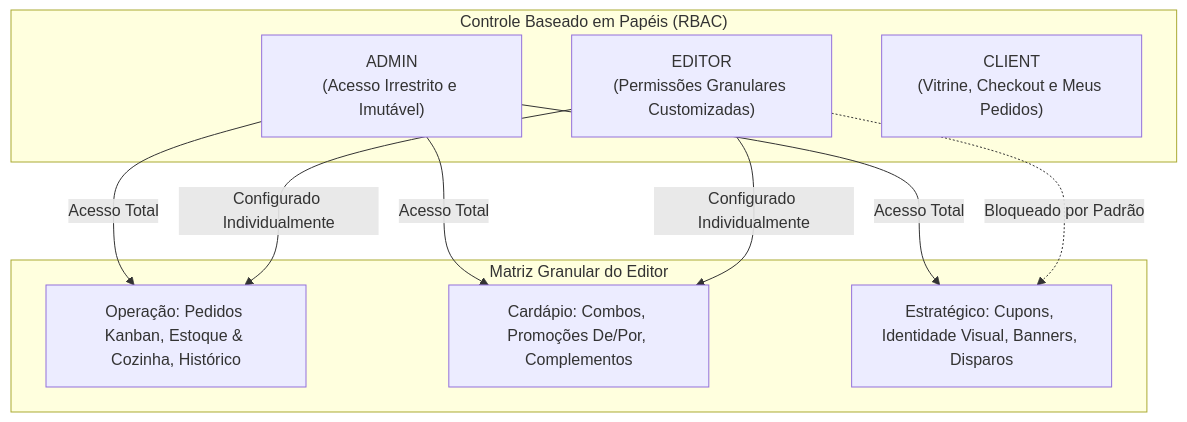
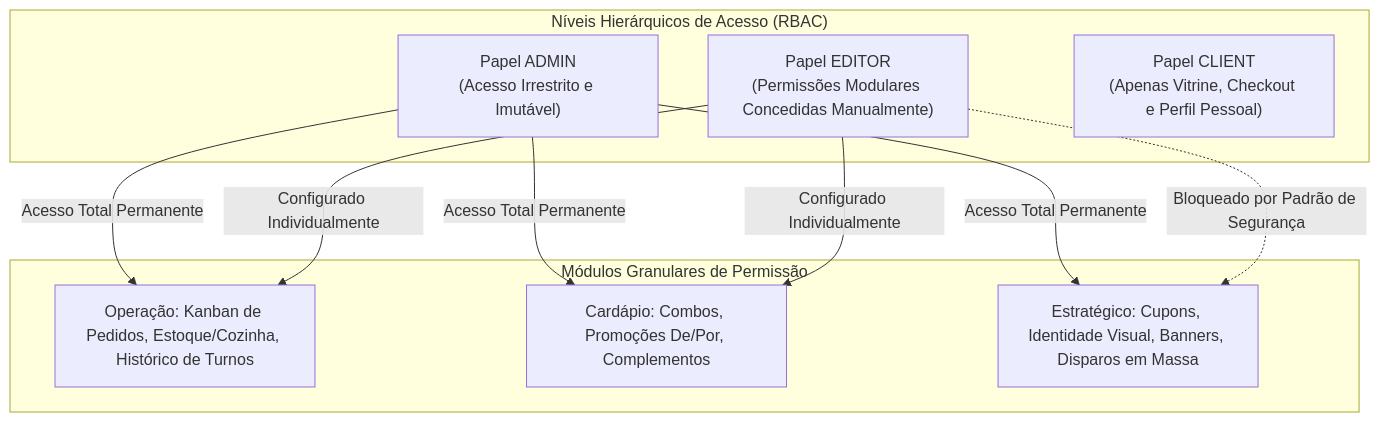
Before and after one commit to WiltonGabriel/PopClub: the fifth of 5 diagrams in docs/DOCUMENTO_LEVANTAMENTO_REQUISITOS.md, drawn with Mermaid. The commit also changed other lines of this file, not shown here.

````diff
--- a/docs/DOCUMENTO_LEVANTAMENTO_REQUISITOS.md
+++ b/docs/DOCUMENTO_LEVANTAMENTO_REQUISITOS.md
@@ -260,22 +315,22 @@
 ```mermaid
 flowchart TD
-    subgraph PapeisUsuarios ["Controle Baseado em Papéis (RBAC)"]
-        AdminRole["ADMIN\n(Acesso Irrestrito e Imutável)"]
-        EditorRole["EDITOR\n(Permissões Granulares Customizadas)"]
-        ClientRole["CLIENT\n(Vitrine, Checkout e Meus Pedidos)"]
+    subgraph PapeisPrincipais ["Níveis Hierárquicos de Acesso (RBAC)"]
+        RoleAdmin["Papel ADMIN\n(Acesso Irrestrito e Imutável)"]
+        RoleEditor["Papel EDITOR\n(Permissões Modulares Concedidas Manualmente)"]
+        RoleClient["Papel CLIENT\n(Apenas Vitrine, Checkout e Perfil Pessoal)"]
     end
 
-    subgraph ModulosPermissoes ["Matriz Granular do Editor"]
-        Operacao["Operação: Pedidos Kanban, Estoque & Cozinha, Histórico"]
-        Cardapio["Cardápio: Combos, Promoções De/Por, Complementos"]
-        Estrategico["Estratégico: Cupons, Identidade Visual, Banners, Disparos"]
+    subgraph CategoriasModulos ["Módulos Granulares de Permissão"]
+        CatOperacao["Operação: Kanban de Pedidos, Estoque/Cozinha, Histórico de Turnos"]
+        CatCardapio["Cardápio: Combos, Promoções De/Por, Complementos"]
+        CatEstrategico["Estratégico: Cupons, Identidade Visual, Banners, Disparos em Massa"]
     end
 
-    AdminRole -->|Acesso Total| Operacao
-    AdminRole -->|Acesso Total| Cardapio
-    AdminRole -->|Acesso Total| Estrategico
+    RoleAdmin -->|Acesso Total Permanente| CatOperacao
+    RoleAdmin -->|Acesso Total Permanente| CatCardapio
+    RoleAdmin -->|Acesso Total Permanente| CatEstrategico
 
-    EditorRole -->|Configurado Individualmente| Operacao
-    EditorRole -->|Configurado Individualmente| Cardapio
-    EditorRole -.->|Bloqueado por Padrão| Estrategico
+    RoleEditor -->|Configurado Individualmente| CatOperacao
+    RoleEditor -->|Configurado Individualmente| CatCardapio
+    RoleEditor -.->|Bloqueado por Padrão de Segurança| CatEstrategico
 ```
````
